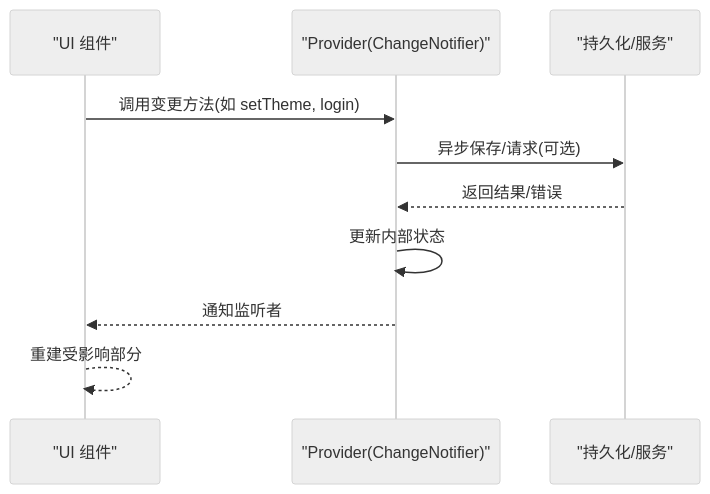
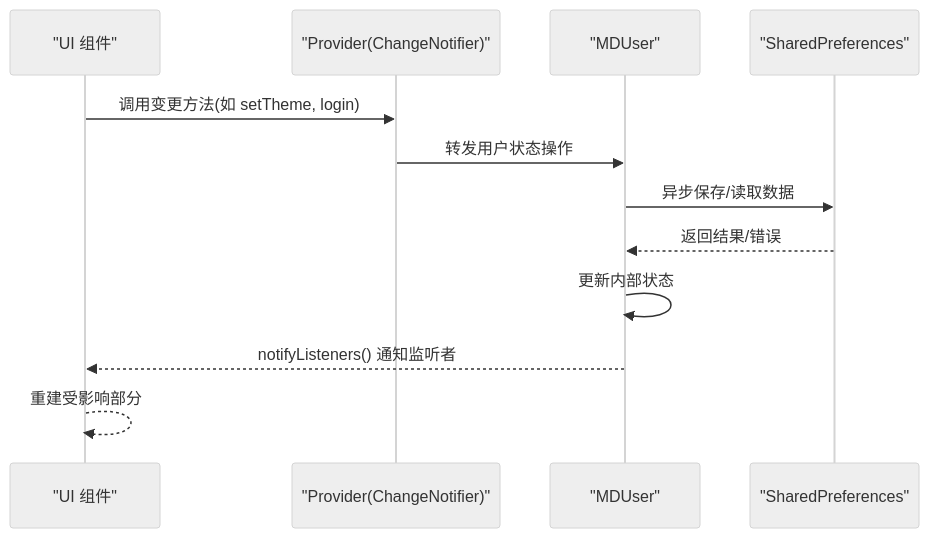
One commit to sfandy126/zslx_flutter changed the third of 4 diagrams in .qoder/repowiki/zh/content/架构设计/状态管理.md. Above: the diagram before and after it, drawn with Mermaid (neutral theme). The commit also changed other lines of this file and 43 other files, not shown here.

````diff
--- a/.qoder/repowiki/zh/content/架构设计/状态管理.md
+++ b/.qoder/repowiki/zh/content/架构设计/状态管理.md
@@ -187,12 +250,14 @@
 ```mermaid
 sequenceDiagram
 participant UI as "UI 组件"
 participant Prov as "Provider(ChangeNotifier)"
-participant Store as "持久化/服务"
+participant User as "MDUser"
+participant Store as "SharedPreferences"
 UI->>Prov : 调用变更方法(如 setTheme, login)
-Prov->>Store : 异步保存/请求(可选)
-Store-->>Prov : 返回结果/错误
-Prov->>Prov : 更新内部状态
-Prov-->>UI : 通知监听者
+Prov->>User : 转发用户状态操作
+User->>Store : 异步保存/读取数据
+Store-->>User : 返回结果/错误
+User->>User : 更新内部状态
+User-->>UI : notifyListeners() 通知监听者
 UI-->>UI : 重建受影响部分
 ```
````
